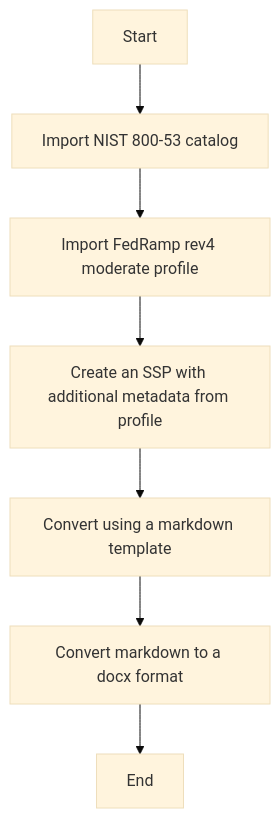
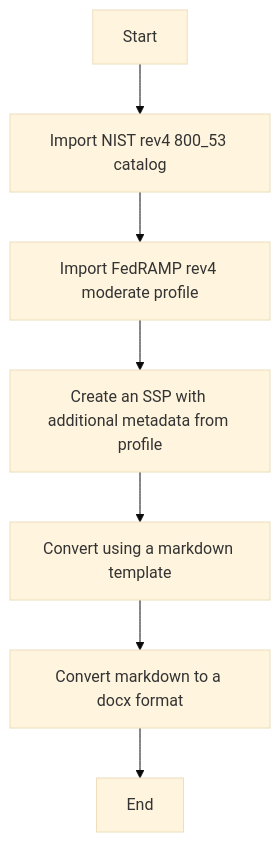
Before and after one commit to RedHatProductSecurity/trestle-demo: the third of 3 diagrams in README.md, drawn with Mermaid (base theme). The commit also changed other lines of this file and 9 other files, not shown here.

Commit message:
feat: adds actions for manual dispatch of NIST and FedRAMP update workflows

````diff
--- a/README.md
+++ b/README.md
@@ -100,9 +123,9 @@
 ```mermaid
 graph TD;
-  A[Start] --> B[Import NIST 800-53 catalog]
-  B --> C[Import FedRamp rev4 moderate profile]
+  A[Start] --> B[Import NIST rev4 800_53 catalog]
+  B --> C[Import FedRAMP rev4 moderate profile]
   C --> D[Create an SSP with additional metadata from profile]
   D --> E[Convert using a markdown template]
   E --> F[Convert markdown to a docx format]
   F --> G[End]
 ```
````
